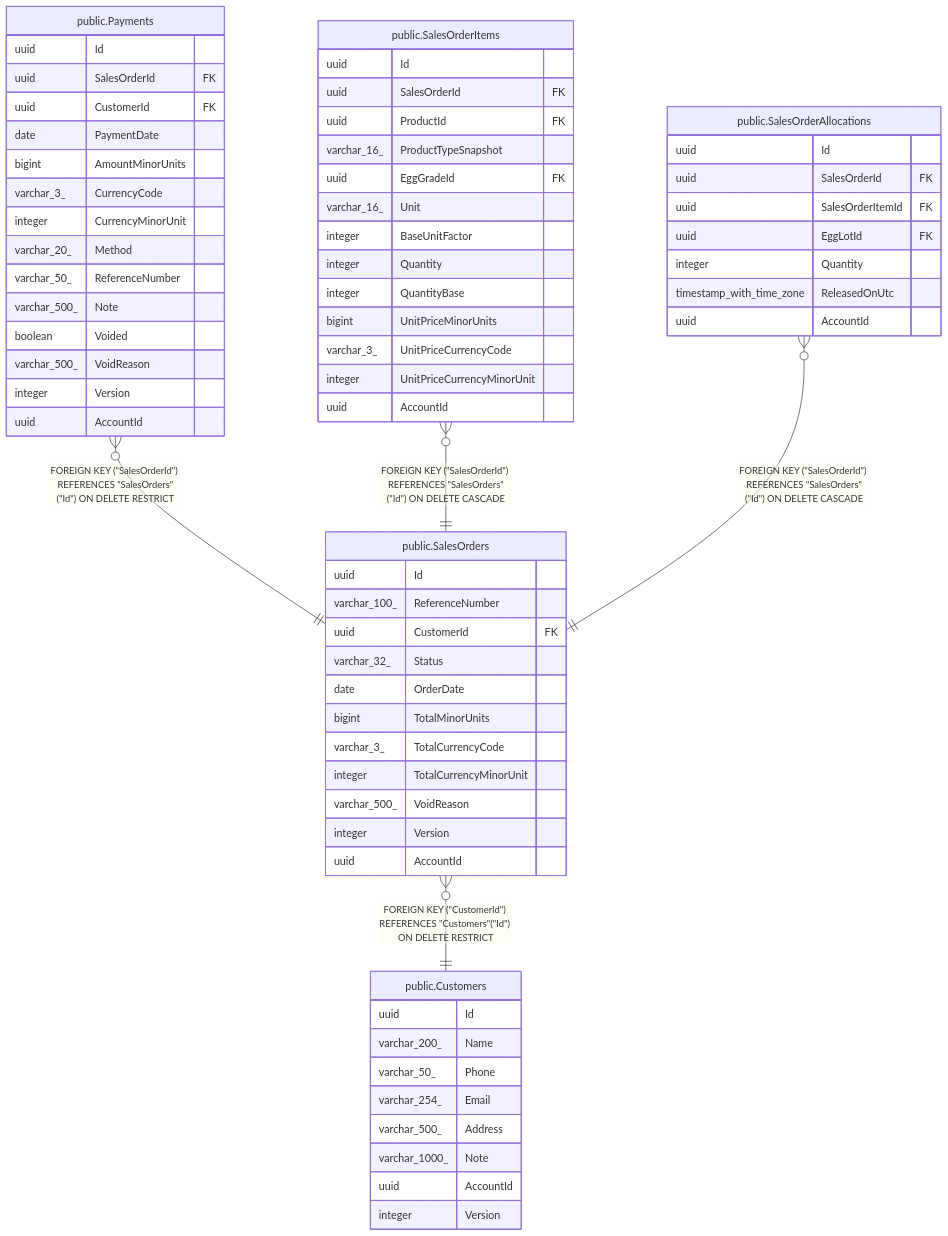
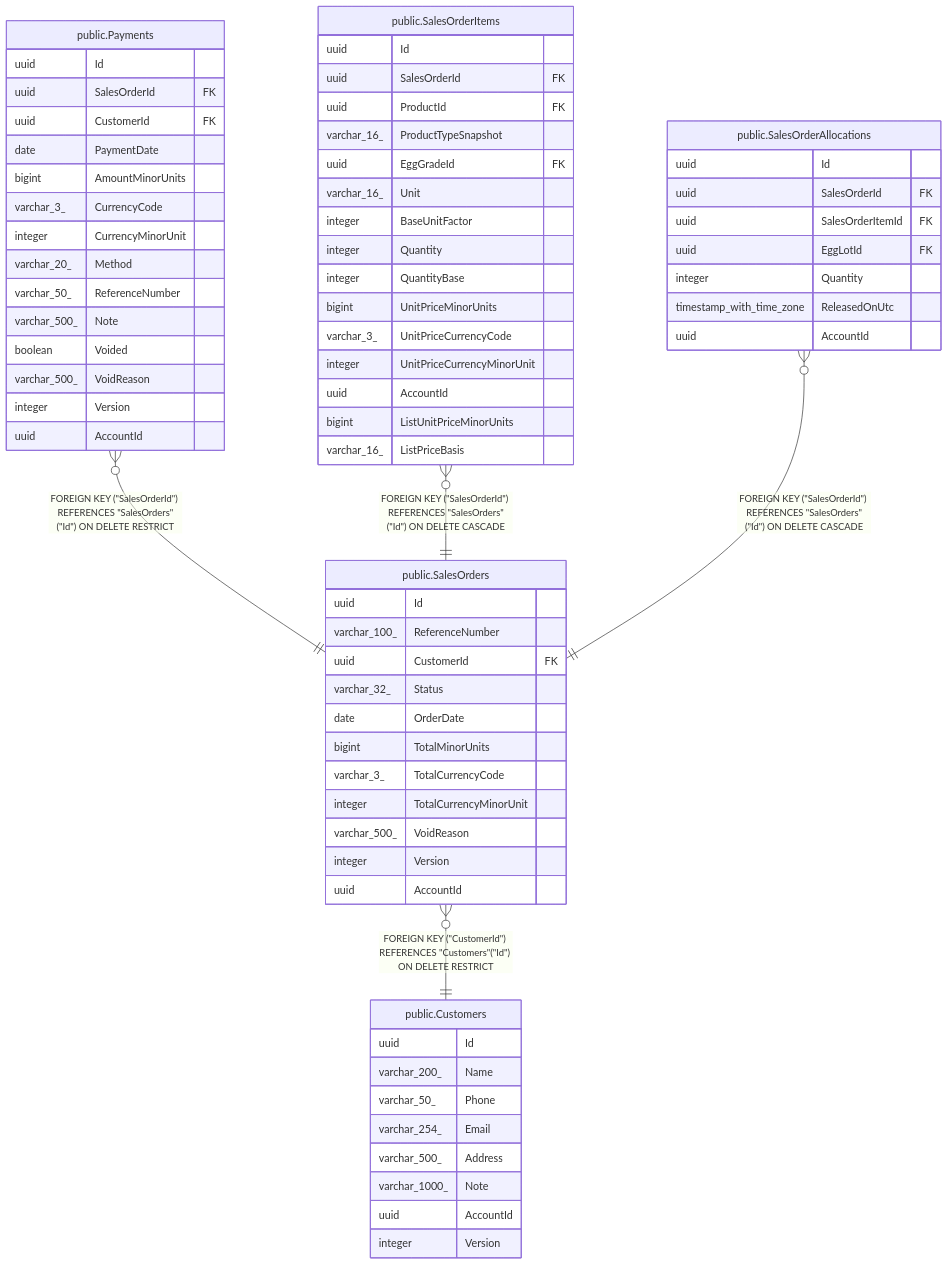
The diagram in docs/schema/public.SalesOrders.md (mforce/cluckwork), drawn with Mermaid before and after one commit. The commit also changed 37 other files, not shown here.

First line of the commit message:
feat(sales): snapshot the list price on the order line and show the discount (#734)

````diff
--- a/docs/schema/public.SalesOrders.md
+++ b/docs/schema/public.SalesOrders.md
@@ -52,72 +52,74 @@
 ```mermaid
 erDiagram
 
 "public.Payments" }o--|| "public.SalesOrders" : "FOREIGN KEY (#quot;SalesOrderId#quot;) REFERENCES #quot;SalesOrders#quot;(#quot;Id#quot;) ON DELETE RESTRICT"
 "public.SalesOrderItems" }o--|| "public.SalesOrders" : "FOREIGN KEY (#quot;SalesOrderId#quot;) REFERENCES #quot;SalesOrders#quot;(#quot;Id#quot;) ON DELETE CASCADE"
 "public.SalesOrderAllocations" }o--|| "public.SalesOrders" : "FOREIGN KEY (#quot;SalesOrderId#quot;) REFERENCES #quot;SalesOrders#quot;(#quot;Id#quot;) ON DELETE CASCADE"
 "public.SalesOrders" }o--|| "public.Customers" : "FOREIGN KEY (#quot;CustomerId#quot;) REFERENCES #quot;Customers#quot;(#quot;Id#quot;) ON DELETE RESTRICT"
 
 "public.SalesOrders" {
   uuid Id
   varchar_100_ ReferenceNumber
   uuid CustomerId FK
   varchar_32_ Status
   date OrderDate
   bigint TotalMinorUnits
   varchar_3_ TotalCurrencyCode
   integer TotalCurrencyMinorUnit
   varchar_500_ VoidReason
   integer Version
   uuid AccountId
 }
 "public.Payments" {
   uuid Id
   uuid SalesOrderId FK
   uuid CustomerId FK
   date PaymentDate
   bigint AmountMinorUnits
   varchar_3_ CurrencyCode
   integer CurrencyMinorUnit
   varchar_20_ Method
   varchar_50_ ReferenceNumber
   varchar_500_ Note
   boolean Voided
   varchar_500_ VoidReason
   integer Version
   uuid AccountId
 }
 "public.SalesOrderItems" {
   uuid Id
   uuid SalesOrderId FK
   uuid ProductId FK
   varchar_16_ ProductTypeSnapshot
   uuid EggGradeId FK
   varchar_16_ Unit
   integer BaseUnitFactor
   integer Quantity
   integer QuantityBase
   bigint UnitPriceMinorUnits
   varchar_3_ UnitPriceCurrencyCode
   integer UnitPriceCurrencyMinorUnit
   uuid AccountId
+  bigint ListUnitPriceMinorUnits
+  varchar_16_ ListPriceBasis
 }
 "public.SalesOrderAllocations" {
   uuid Id
   uuid SalesOrderId FK
   uuid SalesOrderItemId FK
   uuid EggLotId FK
   integer Quantity
   timestamp_with_time_zone ReleasedOnUtc
   uuid AccountId
 }
 "public.Customers" {
   uuid Id
   varchar_200_ Name
   varchar_50_ Phone
   varchar_254_ Email
   varchar_500_ Address
   varchar_1000_ Note
   uuid AccountId
   integer Version
 }
 ```
````
